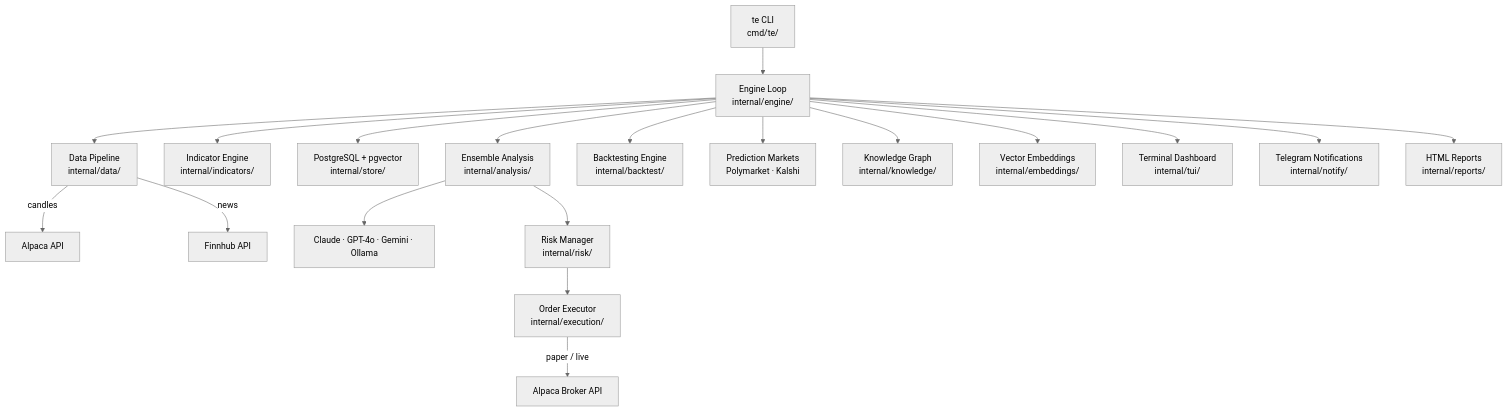
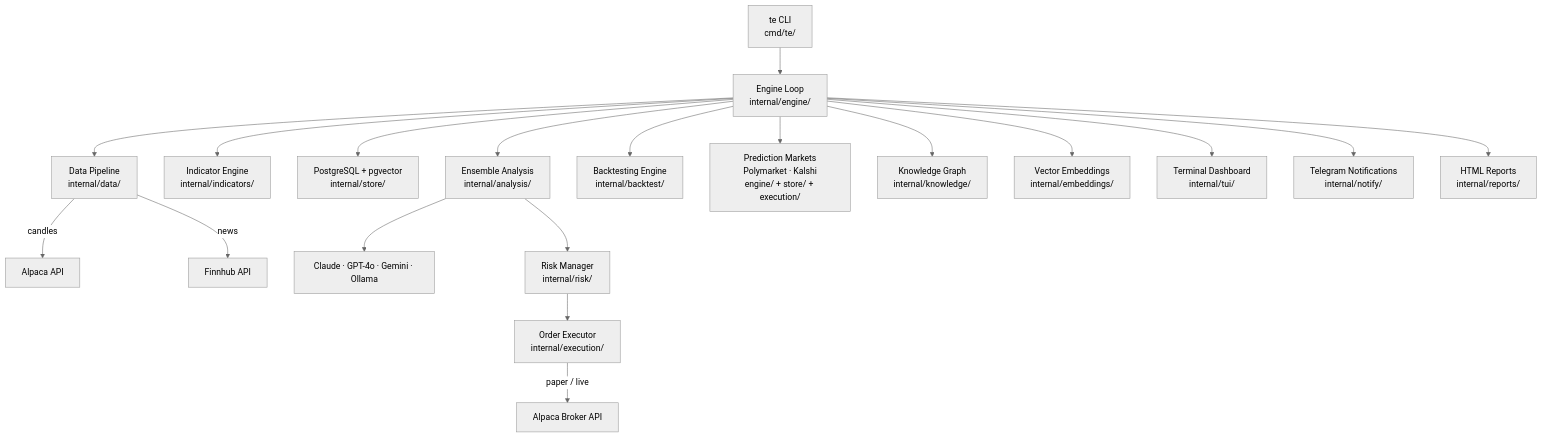
The diagram in README.md (romeo-folie/trade-engine), drawn with Mermaid (neutral theme) before and after one commit. The commit also changed other lines of this file, not shown here.

Commit message:
docs: fix PR #156 Copilot finding — remove non-existent prediction/ package
Prediction market logic is distributed across engine/, store/,
execution/, and indicators/ — there is no internal/prediction/ directory.
Removed from project layout; updated architecture diagram to clarify.

````diff
--- a/README.md
+++ b/README.md
@@ -9,21 +9,21 @@
 ```mermaid
 graph TD
     CLI[te CLI<br/>cmd/te/] --> Engine[Engine Loop<br/>internal/engine/]
     Engine --> DataPipeline[Data Pipeline<br/>internal/data/]
     DataPipeline -->|candles| Alpaca[Alpaca API]
     DataPipeline -->|news| Finnhub[Finnhub API]
     Engine --> Indicators[Indicator Engine<br/>internal/indicators/]
     Engine --> Store[PostgreSQL + pgvector<br/>internal/store/]
     Engine --> Analysis[Ensemble Analysis<br/>internal/analysis/]
     Analysis --> LLM[Claude · GPT-4o · Gemini · Ollama]
     Analysis --> Risk[Risk Manager<br/>internal/risk/]
     Risk --> Executor[Order Executor<br/>internal/execution/]
     Executor -->|paper / live| AlpacaBroker[Alpaca Broker API]
     Engine --> Backtest[Backtesting Engine<br/>internal/backtest/]
-    Engine --> Predictions[Prediction Markets<br/>Polymarket · Kalshi]
+    Engine --> Predictions[Prediction Markets<br/>Polymarket · Kalshi<br/>engine/ + store/ + execution/]
     Engine --> Knowledge[Knowledge Graph<br/>internal/knowledge/]
     Engine --> Embeddings[Vector Embeddings<br/>internal/embeddings/]
     Engine --> TUI[Terminal Dashboard<br/>internal/tui/]
     Engine --> Notify[Telegram Notifications<br/>internal/notify/]
     Engine --> Reports[HTML Reports<br/>internal/reports/]
 ```
````
